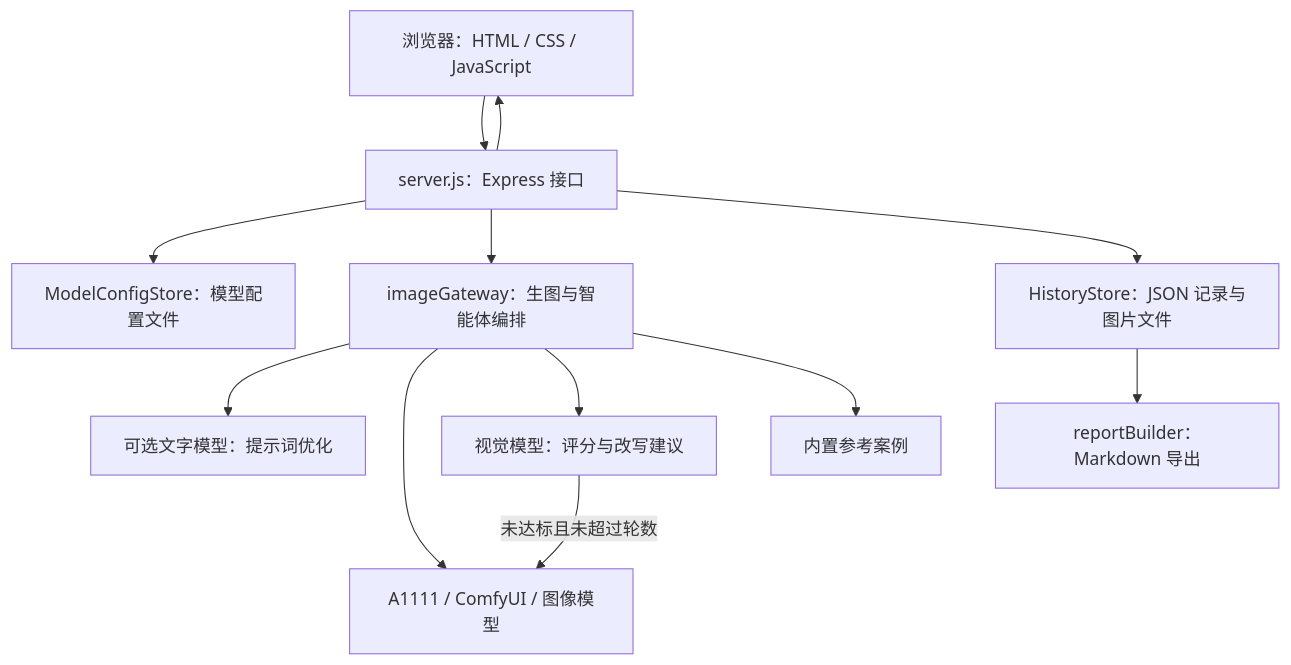
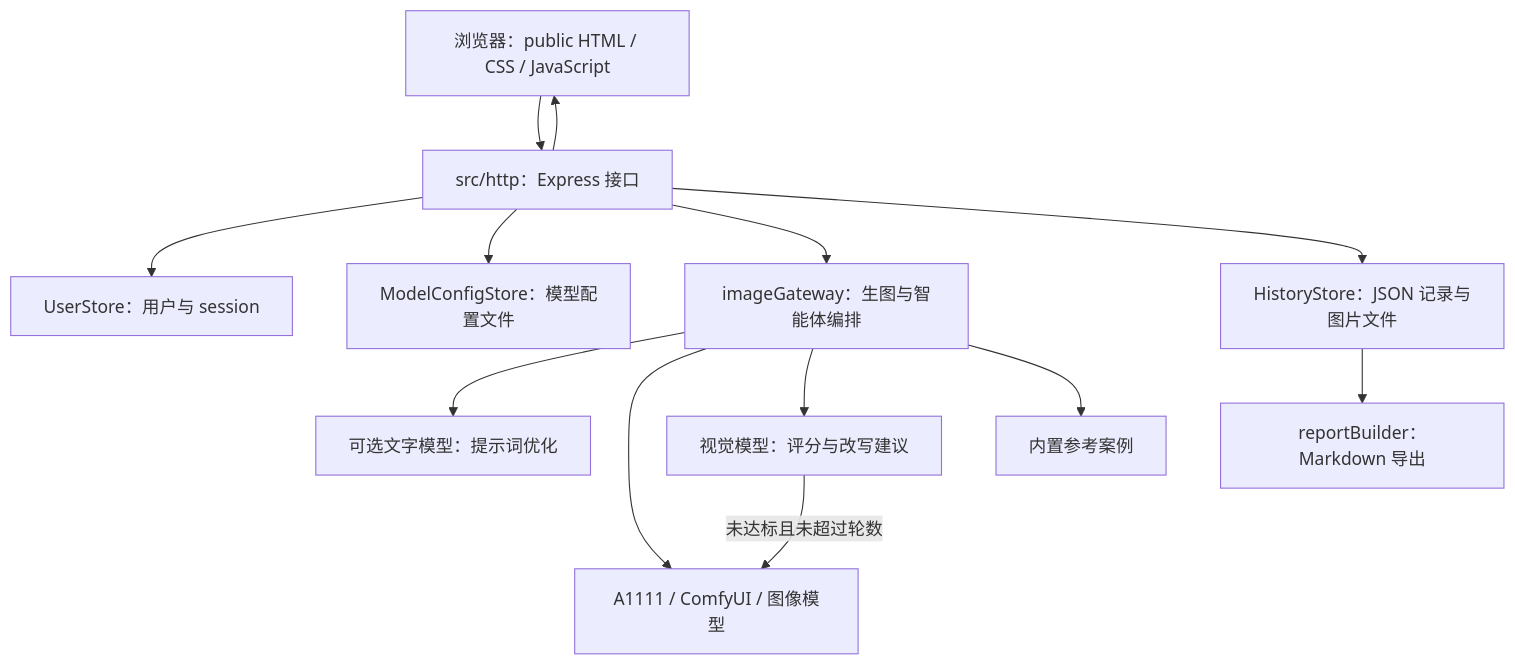
The diagram in docs/PROJECT_OVERVIEW.md (yumi233/SD-Chinese-style-furniture), drawn with Mermaid before and after one commit. The commit also changed other lines of this file and 59 other files, not shown here.

````diff
--- a/docs/PROJECT_OVERVIEW.md
+++ b/docs/PROJECT_OVERVIEW.md
@@ -28,14 +29,15 @@
 ```mermaid
 flowchart TD
-  UI[浏览器：HTML / CSS / JavaScript] --> API[server.js：Express 接口]
+  UI[浏览器：public HTML / CSS / JavaScript] --> API[src/http：Express 接口]
+  API --> AUTH[UserStore：用户与 session]
   API --> CFG[ModelConfigStore：模型配置文件]
   API --> GW[imageGateway：生图与智能体编排]
   GW --> TEXT[可选文字模型：提示词优化]
   GW --> GEN[A1111 / ComfyUI / 图像模型]
   GW --> VISION[视觉模型：评分与改写建议]
   GW --> REF[内置参考案例]
   VISION -->|未达标且未超过轮数| GEN
   API --> HIST[HistoryStore：JSON 记录与图片文件]
   HIST --> REPORT[reportBuilder：Markdown 导出]
   API --> UI
 ```
````
